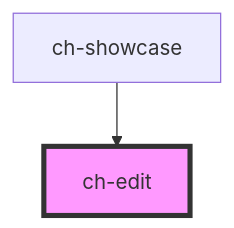
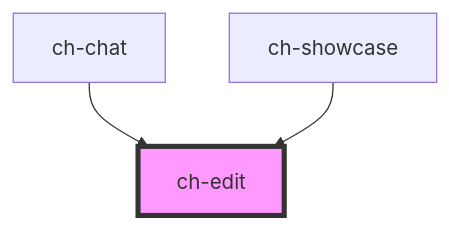
The diagram in src/components/edit/readme.md (genexuslabs/chameleon-controls-library), drawn with Mermaid before and after one commit. The commit also changed other lines of this file and 6 other files, not shown here.

````diff
--- a/src/components/edit/readme.md
+++ b/src/components/edit/readme.md
@@ -87,5 +88,6 @@
 ```mermaid
 graph TD;
+  ch-chat --> ch-edit
   ch-showcase --> ch-edit
   style ch-edit fill:#f9f,stroke:#333,stroke-width:4px
 ```
````
